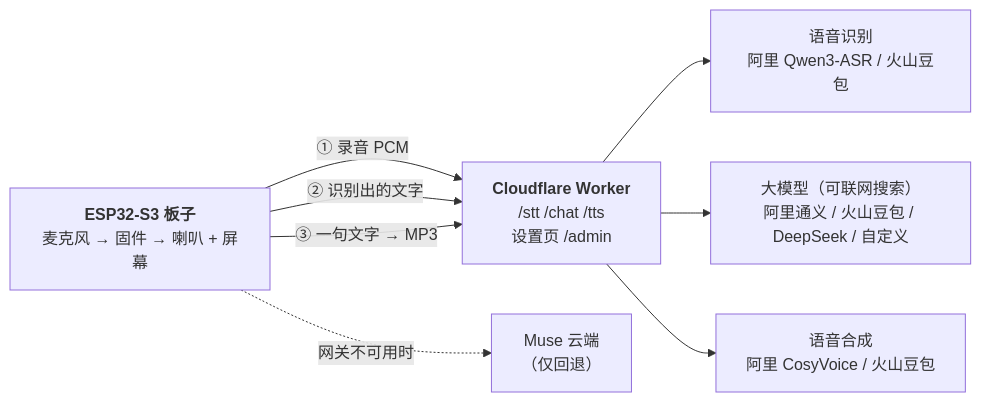
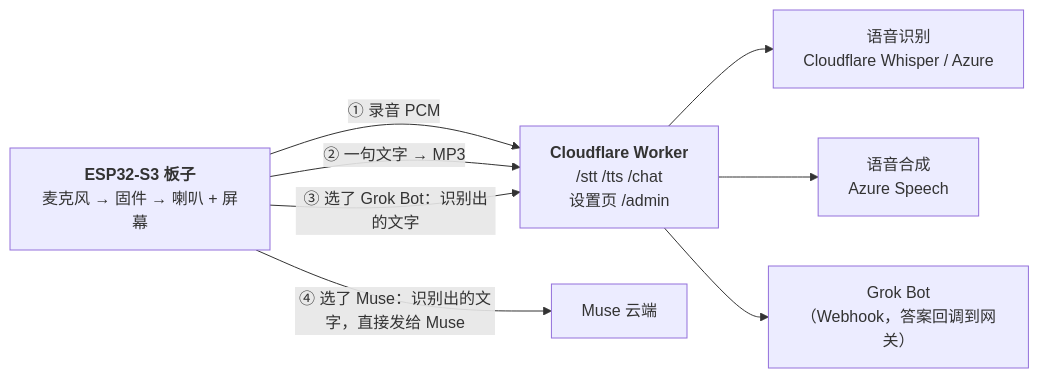
One commit to burndown/esp32-twinmate changed the diagram in README.md. Above: the diagram before and after it, drawn with Mermaid. The commit also changed other lines of this file and 7 other files, not shown here.

Commit message:
Cloudflare edition of the gateway: only speech recognition (Cloudflare Whisper, Azure), speech synthesis (Azure) and the Grok Bot, with Grok Bot and WireGuard on the settings page; the full gateway moves to worker-home/

````diff
--- a/README.md
+++ b/README.md
@@ -14,13 +15,13 @@
 ```mermaid
 flowchart LR
   board["<b>ESP32-S3 板子</b><br/>麦克风 → 固件 → 喇叭 + 屏幕"]
-  gw["<b>Cloudflare Worker</b><br/>/stt  /chat  /tts<br/>设置页 /admin"]
-  asr["语音识别<br/>阿里 Qwen3-ASR / 火山豆包"]
-  llm["大模型（可联网搜索）<br/>阿里通义 / 火山豆包 / DeepSeek / 自定义"]
-  tts["语音合成<br/>阿里 CosyVoice / 火山豆包"]
-  muse["Muse 云端<br/>（仅回退）"]
+  gw["<b>Cloudflare Worker</b><br/>/stt  /tts  /chat<br/>设置页 /admin"]
+  asr["语音识别<br/>Cloudflare Whisper / Azure"]
+  tts["语音合成<br/>Azure Speech"]
+  bot["Grok Bot<br/>（Webhook，答案回调到网关）"]
+  muse["Muse 云端"]
   board -->|"① 录音 PCM"| gw --> asr
-  board -->|"② 识别出的文字"| gw --> llm
-  board -->|"③ 一句文字 → MP3"| gw --> tts
-  board -.->|"网关不可用时"| muse
+  board -->|"② 一句文字 → MP3"| gw --> tts
+  board -->|"③ 选了 Grok Bot：识别出的文字"| gw --> bot
+  board -->|"④ 选了 Muse：识别出的文字，直接发给 Muse"| muse
 ```
````
